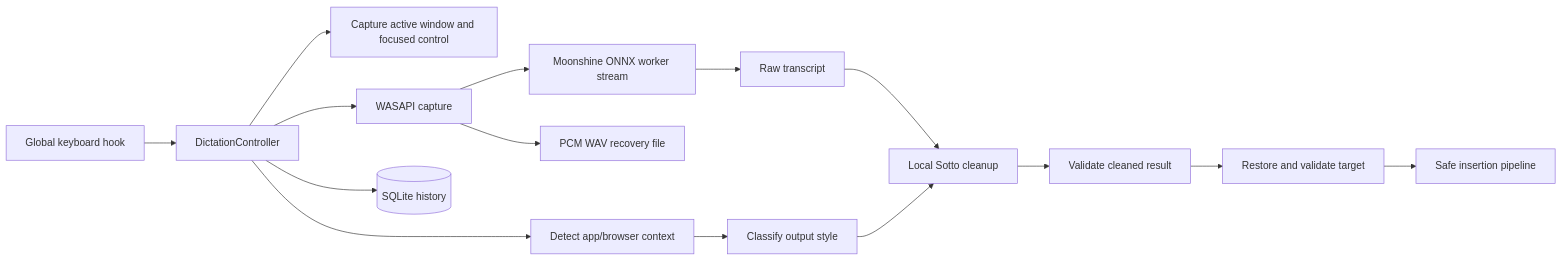
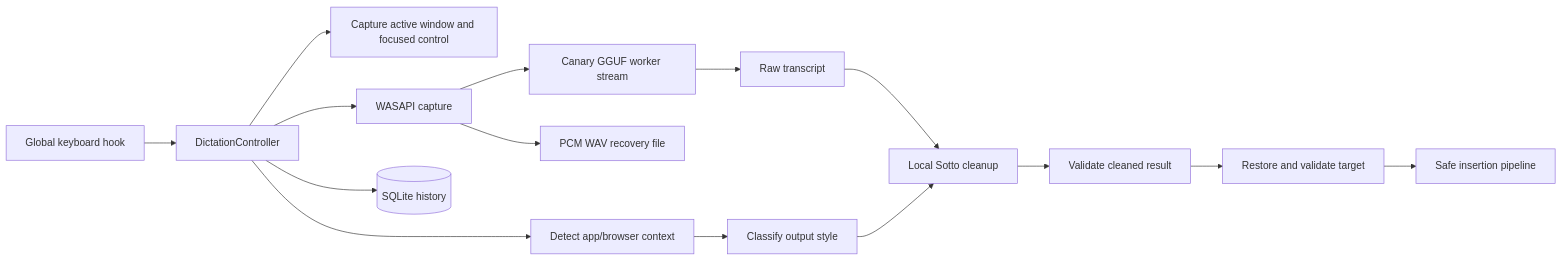
The diagram in docs/architecture.md (kpsr01/flow_local), drawn with Mermaid before and after one commit. The commit also changed other lines of this file and 11 other files, not shown here.

Commit message:
swapped moonshine asr with canary flash for latency

````diff
--- a/docs/architecture.md
+++ b/docs/architecture.md
@@ -15,17 +15,17 @@
 ```mermaid
 flowchart LR
   K[Global keyboard hook] --> C[DictationController]
   C --> T[Capture active window and focused control]
   C --> X[Detect app/browser context]
   X --> S[Classify output style]
   C --> A[WASAPI capture]
   A --> W[PCM WAV recovery file]
-  A --> N[Moonshine ONNX worker stream]
+  A --> N[Canary GGUF worker stream]
   N --> R[Raw transcript]
   R --> L[Local Sotto cleanup]
   S --> L
   L --> V[Validate cleaned result]
   V --> I[Restore and validate target]
   I --> P[Safe insertion pipeline]
   C --> D[(SQLite history)]
 ```
````
